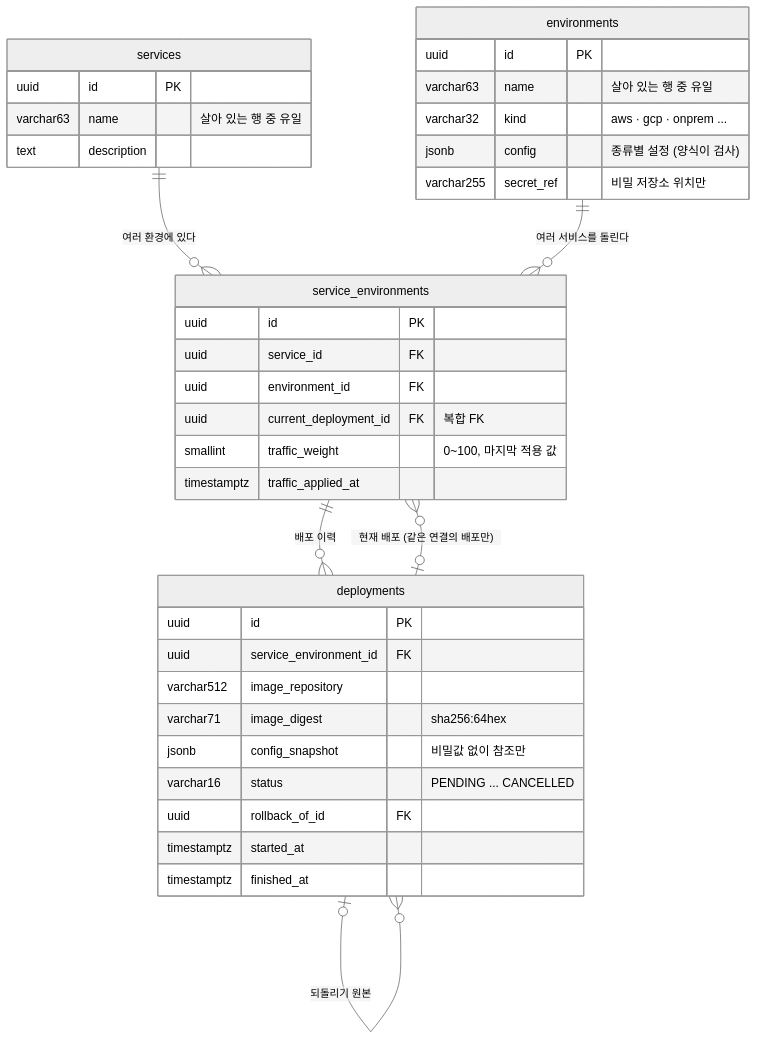
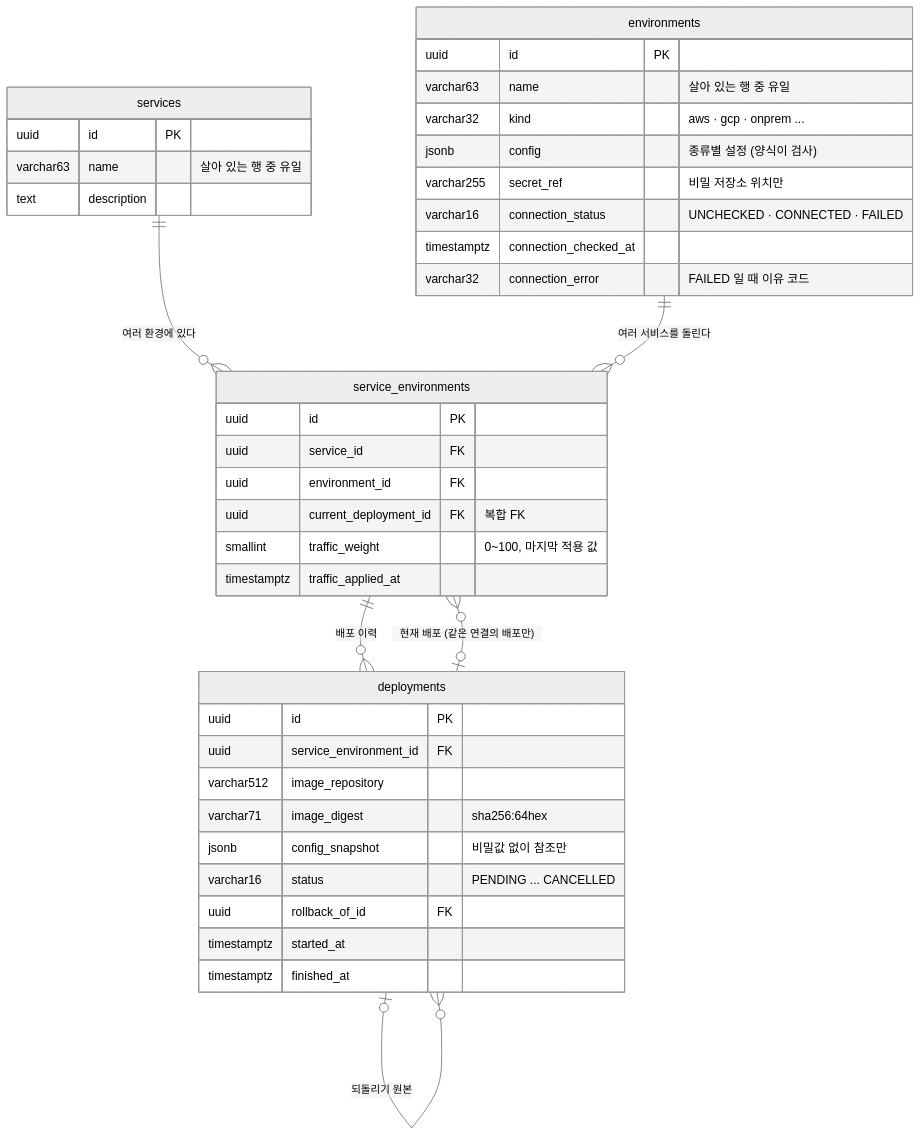
Before and after one commit to Softbank-Hackathon-2026-Team-Echo/echo-was: the first of 3 diagrams in docs/schema.md, drawn with Mermaid (neutral theme). The commit also changed other lines of this file and 6 other files, not shown here.

````diff
--- a/docs/schema.md
+++ b/docs/schema.md
@@ -14,40 +14,43 @@
 ```mermaid
 erDiagram
     services ||--o{ service_environments : "여러 환경에 있다"
     environments ||--o{ service_environments : "여러 서비스를 돌린다"
     service_environments ||--o{ deployments : "배포 이력"
     service_environments }o--o| deployments : "현재 배포 (같은 연결의 배포만)"
     deployments |o--o{ deployments : "되돌리기 원본"
 
     services {
         uuid id PK
         varchar63 name "살아 있는 행 중 유일"
         text description
     }
     environments {
         uuid id PK
         varchar63 name "살아 있는 행 중 유일"
         varchar32 kind "aws · gcp · onprem ..."
         jsonb config "종류별 설정 (양식이 검사)"
         varchar255 secret_ref "비밀 저장소 위치만"
+        varchar16 connection_status "UNCHECKED · CONNECTED · FAILED"
+        timestamptz connection_checked_at
+        varchar32 connection_error "FAILED 일 때 이유 코드"
     }
     service_environments {
         uuid id PK
         uuid service_id FK
         uuid environment_id FK
         uuid current_deployment_id FK "복합 FK"
         smallint traffic_weight "0~100, 마지막 적용 값"
         timestamptz traffic_applied_at
     }
     deployments {
         uuid id PK
         uuid service_environment_id FK
         varchar512 image_repository
         varchar71 image_digest "sha256:64hex"
         jsonb config_snapshot "비밀값 없이 참조만"
         varchar16 status "PENDING ... CANCELLED"
         uuid rollback_of_id FK
         timestamptz started_at
         timestamptz finished_at
     }
 ```
````
